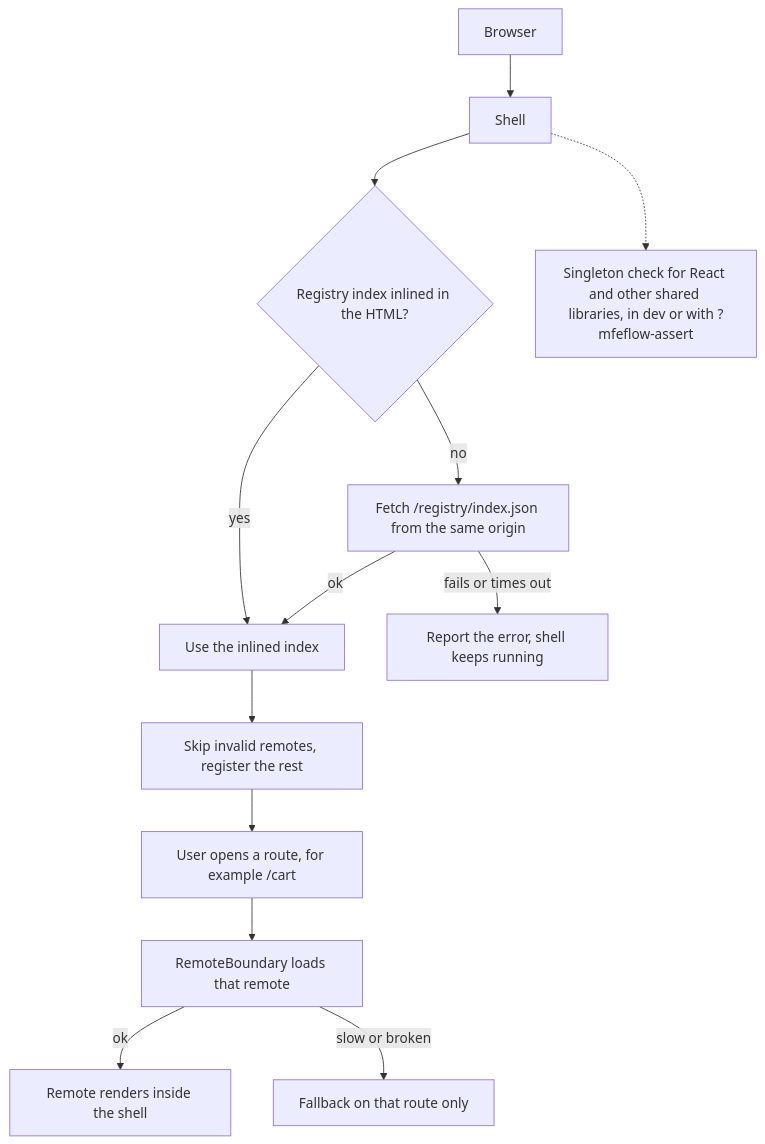
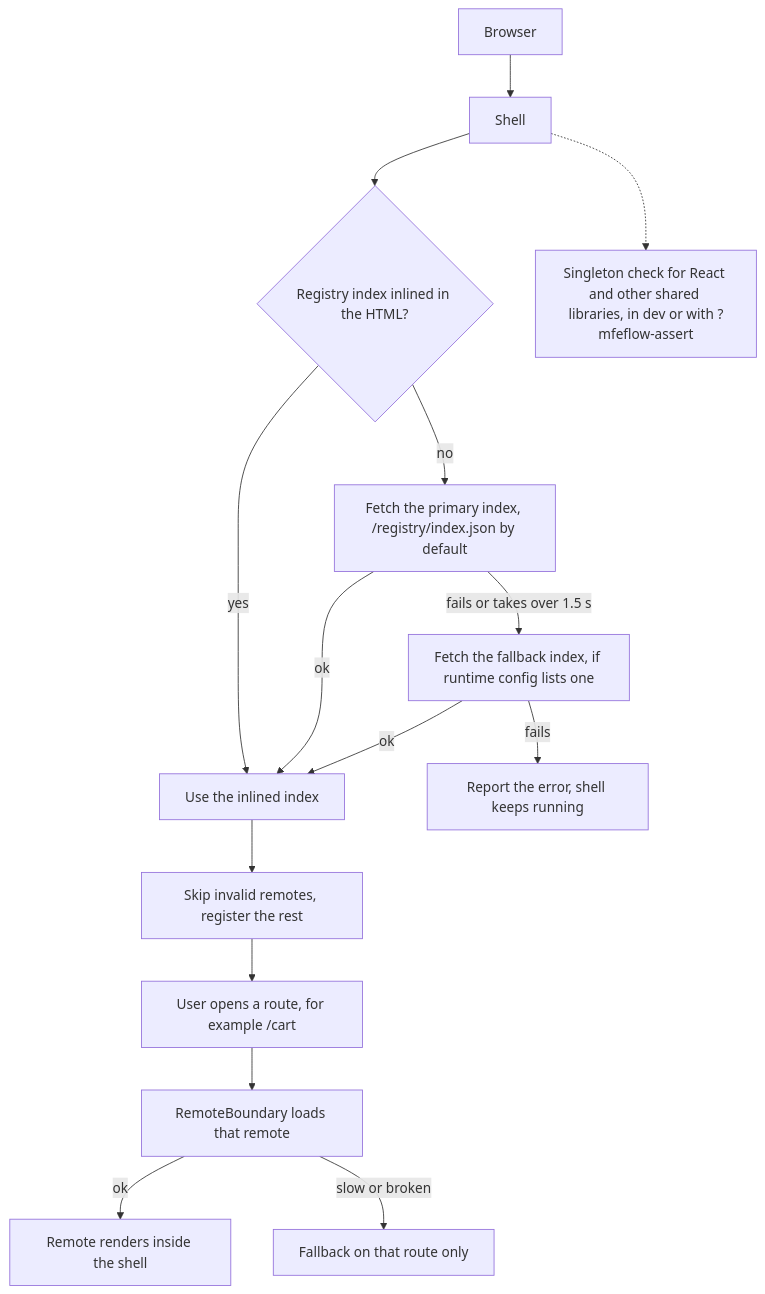
One commit to mfeflow/mfeflow changed the first of 2 diagrams in README.md. Above: the diagram before and after it, drawn with Mermaid. The commit also changed other lines of this file, not shown here.

Commit message:
docs: current budget numbers, registry fallback in the flow, feature groups as on the site

````diff
--- a/README.md
+++ b/README.md
@@ -118,15 +118,17 @@
 ```mermaid
 flowchart TD
     B[Browser] --> S[Shell]
     S --> Q{Registry index inlined in the HTML?}
     Q -- yes --> R[Use the inlined index]
-    Q -- no --> F[Fetch /registry/index.json from the same origin]
+    Q -- no --> F[Fetch the primary index, /registry/index.json by default]
     F -- ok --> R
-    F -- fails or times out --> E[Report the error, shell keeps running]
+    F -- fails or takes over 1.5 s --> FB2[Fetch the fallback index, if runtime config lists one]
+    FB2 -- ok --> R
+    FB2 -- fails --> E[Report the error, shell keeps running]
     R --> V[Skip invalid remotes, register the rest]
     V --> N[User opens a route, for example /cart]
     N --> L[RemoteBoundary loads that remote]
     L -- ok --> OK[Remote renders inside the shell]
     L -- slow or broken --> FB[Fallback on that route only]
     S -.-> C[Singleton check for React and other shared libraries, in dev or with ?mfeflow-assert]
 ```
````
